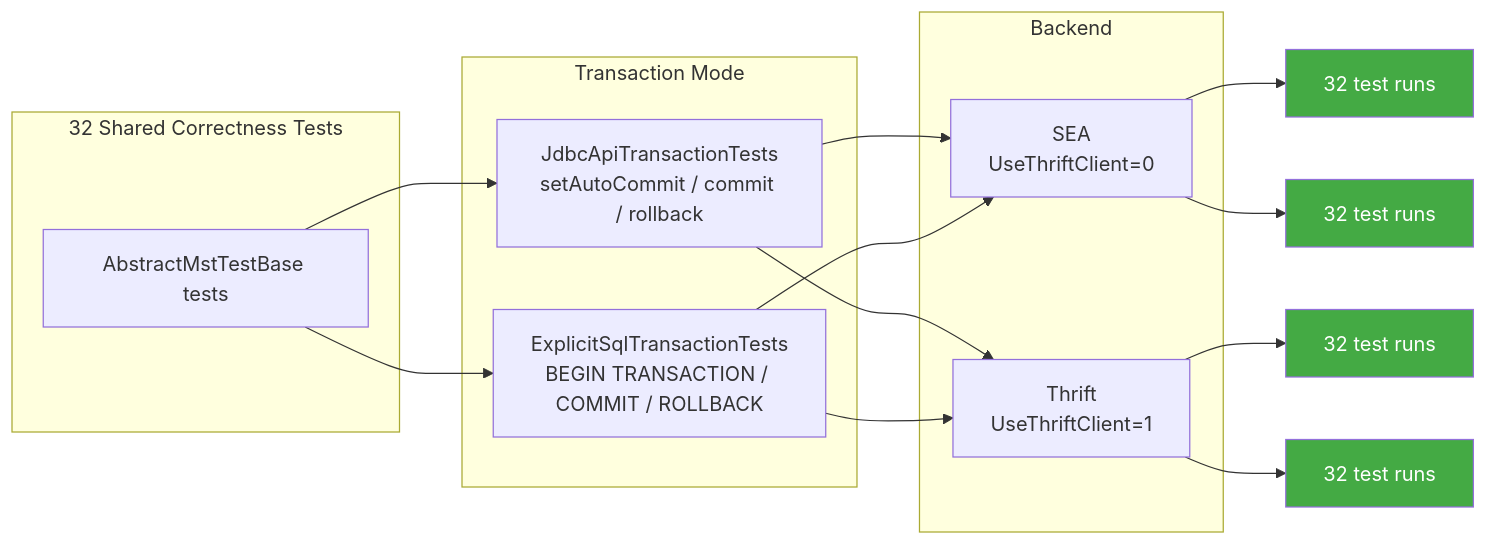
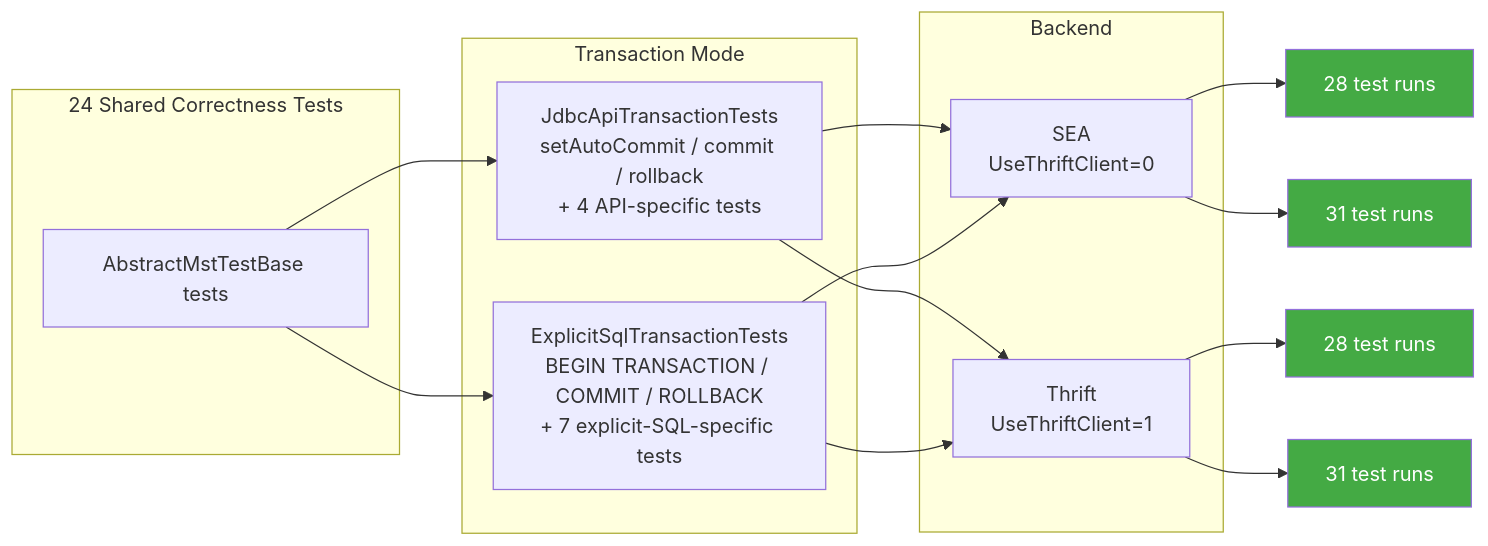
Before and after one commit to databricks/databricks-jdbc: the fifth of 10 diagrams in docs/mst-test-design.md, drawn with Mermaid. The commit also changed other lines of this file, not shown here.

First line of the commit message:
Address PR review comments on MST test design

````diff
--- a/docs/mst-test-design.md
+++ b/docs/mst-test-design.md
@@ -169,33 +193,33 @@
 ```mermaid
 flowchart LR
-    subgraph "32 Shared Correctness Tests"
+    subgraph "24 Shared Correctness Tests"
         TESTS[AbstractMstTestBase tests]
     end
 
     subgraph "Transaction Mode"
-        JDBC[JdbcApiTransactionTests<br/>setAutoCommit / commit / rollback]
-        EXPLICIT[ExplicitSqlTransactionTests<br/>BEGIN TRANSACTION / COMMIT / ROLLBACK]
+        JDBC["JdbcApiTransactionTests<br/>setAutoCommit / commit / rollback<br/>+ 4 API-specific tests"]
+        EXPLICIT["ExplicitSqlTransactionTests<br/>BEGIN TRANSACTION / COMMIT / ROLLBACK<br/>+ 7 explicit-SQL-specific tests"]
     end
 
     subgraph "Backend"
         SEA[SEA<br/>UseThriftClient=0]
         THRIFT[Thrift<br/>UseThriftClient=1]
     end
 
     TESTS --> JDBC
     TESTS --> EXPLICIT
     JDBC --> SEA
     JDBC --> THRIFT
     EXPLICIT --> SEA
     EXPLICIT --> THRIFT
 
-    SEA --> R1["32 test runs"]
-    THRIFT --> R2["32 test runs"]
-    SEA --> R3["32 test runs"]
-    THRIFT --> R4["32 test runs"]
+    SEA --> R1["28 test runs"]
+    THRIFT --> R2["28 test runs"]
+    SEA --> R3["31 test runs"]
+    THRIFT --> R4["31 test runs"]
 
     style R1 fill:#4a4,color:#fff
     style R2 fill:#4a4,color:#fff
     style R3 fill:#4a4,color:#fff
     style R4 fill:#4a4,color:#fff
 ```
````
